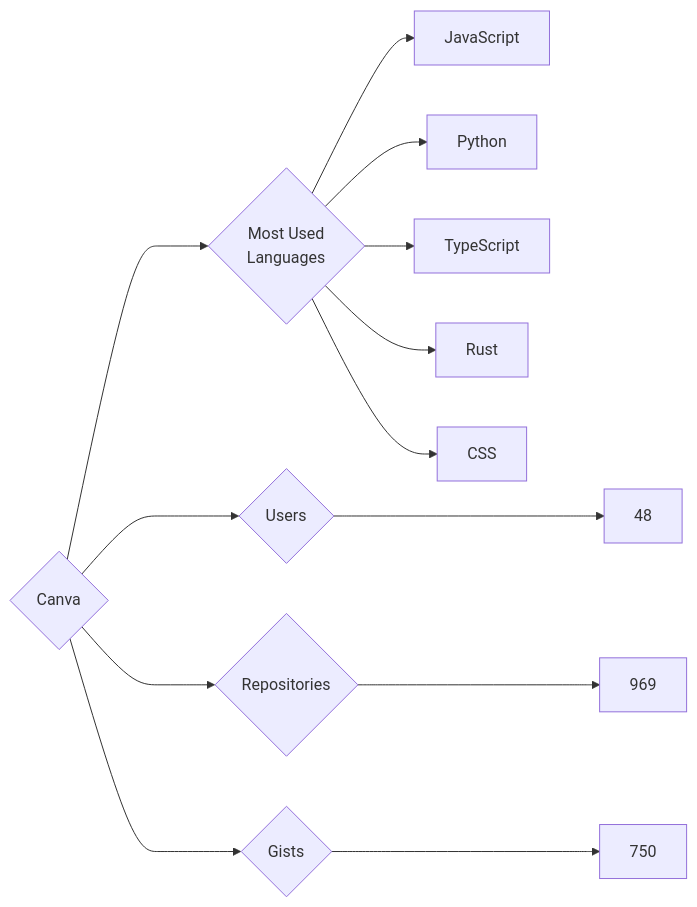
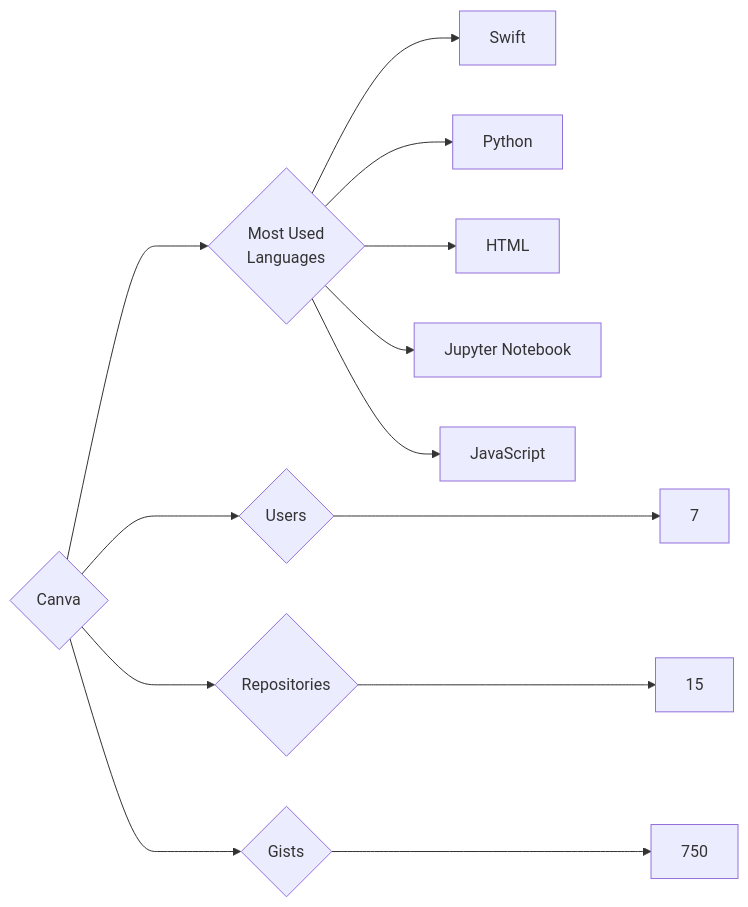
The diagram in targets/Canva/README.md (trickest/insiders), drawn with Mermaid before and after one commit. The commit also changed 934 other files, not shown here.

````diff
--- a/targets/Canva/README.md
+++ b/targets/Canva/README.md
@@ -3,13 +3,13 @@
 ```mermaid
 graph LR
 COMPANY_NAME{Canva}
-COMPANY_NAME ---> U{Users} ---> UN[48]
-COMPANY_NAME ---> R{Repositories} ---> RN[969]
+COMPANY_NAME ---> U{Users} ---> UN[7]
+COMPANY_NAME ---> R{Repositories} ---> RN[15]
 COMPANY_NAME ---> G{Gists} ---> GN[750]
 COMPANY_NAME ---> ML{Most Used<br>Languages}
+ML --> Swift[Swift]
+ML --> Python[Python]
+ML --> HTML[HTML]
+ML --> Jupyter_Notebook[Jupyter Notebook]
 ML --> JavaScript[JavaScript]
-ML --> Python[Python]
-ML --> TypeScript[TypeScript]
-ML --> Rust[Rust]
-ML --> CSS[CSS]
 ```
````
